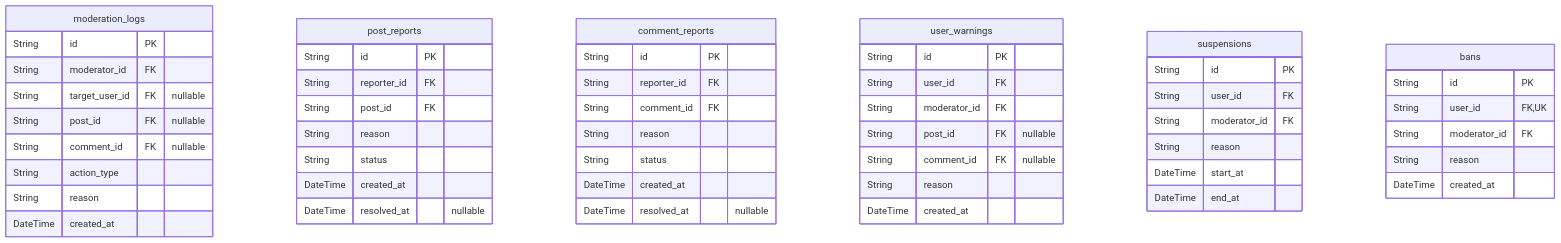
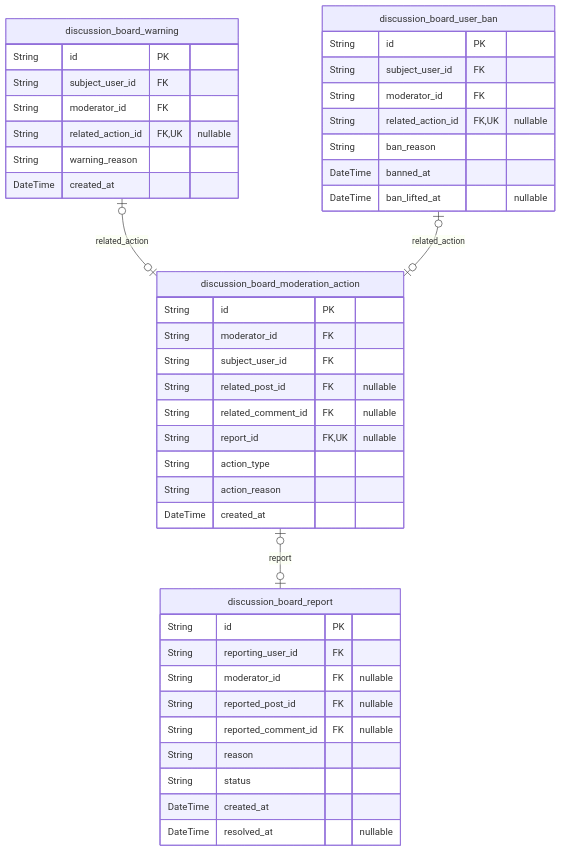
The fourth of 6 diagrams in docs/ERD.md (wrtnlabs/autobe-example-bbs-openai-gpt-4.1), drawn with Mermaid before and after one commit. The commit also changed other lines of this file and 533 other files, not shown here.

````diff
--- a/docs/ERD.md
+++ b/docs/ERD.md
@@ -474,55 +511,45 @@
 ```mermaid
 erDiagram
-"moderation_logs" {
+"discussion_board_report" {
   String id PK
-  String moderator_id FK
-  String target_user_id FK "nullable"
-  String post_id FK "nullable"
-  String comment_id FK "nullable"
-  String action_type
-  String reason
-  DateTime created_at
-}
-"post_reports" {
-  String id PK
-  String reporter_id FK
-  String post_id FK
+  String reporting_user_id FK
+  String moderator_id FK "nullable"
+  String reported_post_id FK "nullable"
+  String reported_comment_id FK "nullable"
   String reason
   String status
   DateTime created_at
   DateTime resolved_at "nullable"
 }
-"comment_reports" {
+"discussion_board_moderation_action" {
   String id PK
-  String reporter_id FK
-  String comment_id FK
-  String reason
-  String status
-  DateTime created_at
-  DateTime resolved_at "nullable"
-}
-"user_warnings" {
-  String id PK
-  String user_id FK
   String moderator_id FK
-  String post_id FK "nullable"
-  String comment_id FK "nullable"
-  String reason
+  String subject_user_id FK
+  String related_post_id FK "nullable"
+  String related_comment_id FK "nullable"
+  String report_id FK,UK "nullable"
+  String action_type
+  String action_reason
   DateTime created_at
 }
-"suspensions" {
+"discussion_board_warning" {
   String id PK
-  String user_id FK
+  String subject_user_id FK
   String moderator_id FK
-  String reason
-  DateTime start_at
-  DateTime end_at
-}
-"bans" {
-  String id PK
-  String user_id FK,UK
-  String moderator_id FK
-  String reason
+  String related_action_id FK,UK "nullable"
+  String warning_reason
   DateTime created_at
 }
+"discussion_board_user_ban" {
+  String id PK
+  String subject_user_id FK
+  String moderator_id FK
+  String related_action_id FK,UK "nullable"
+  String ban_reason
+  DateTime banned_at
+  DateTime ban_lifted_at "nullable"
+}
+"discussion_board_moderation_action" |o--o| "discussion_board_report" : report
+"discussion_board_warning" |o--o| "discussion_board_moderation_action" : related_action
+"discussion_board_user_ban" |o--o| "discussion_board_moderation_action" : related_action
 ```
````
